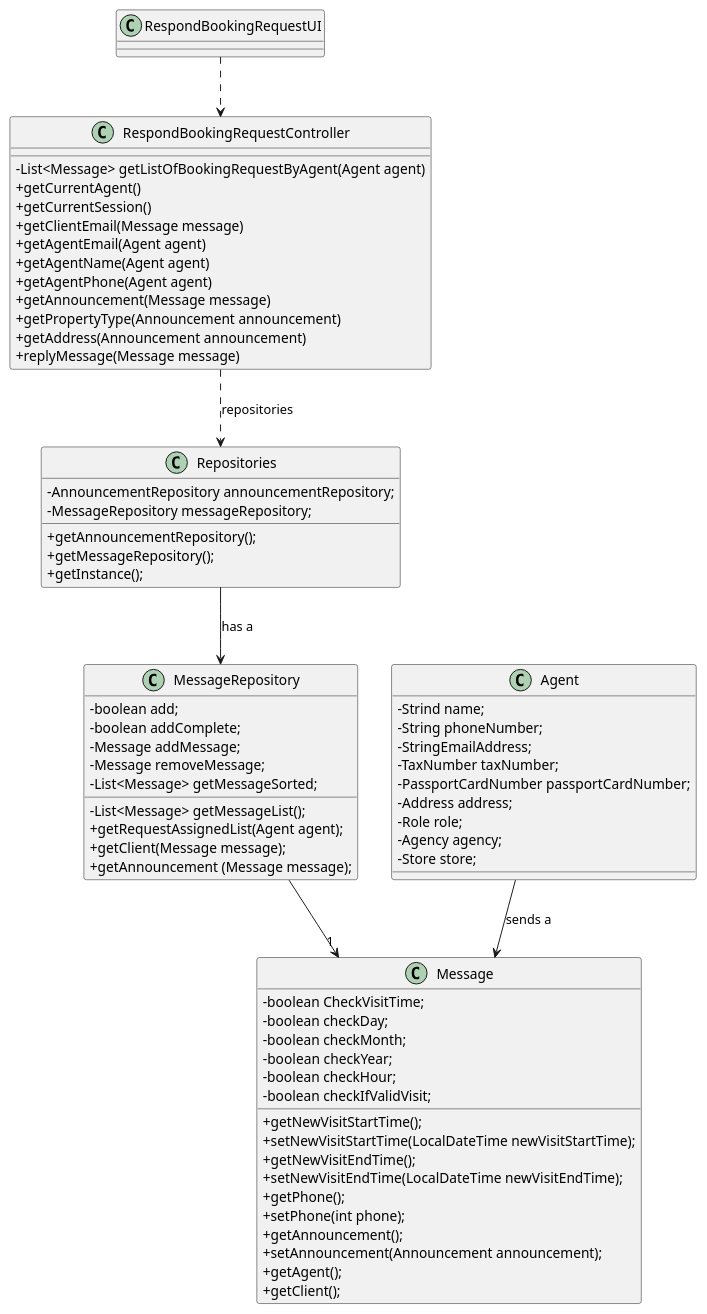
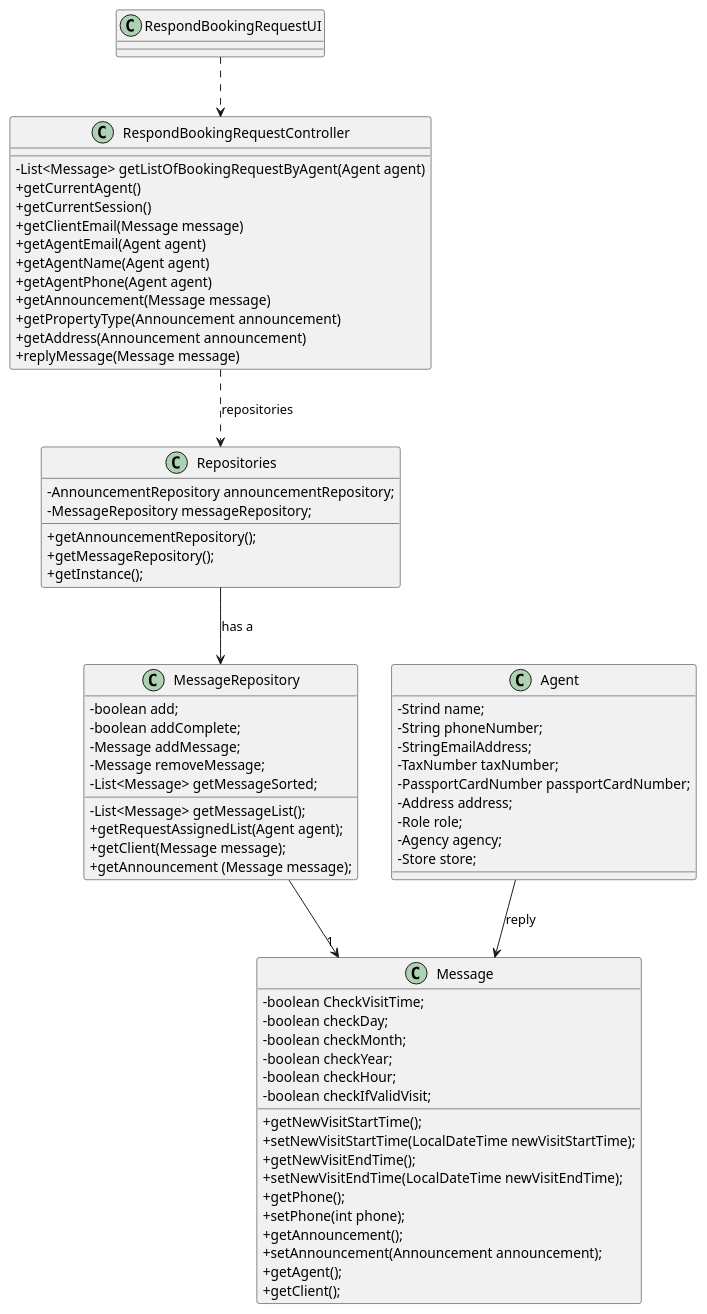
One commit to 1220812/LAPR2 changed the diagram in docs/sprintD/us016/03.design/puml/us016-class-diagram.puml. Above: the diagram before and after it, drawn with PlantUML. The commit also changed 6 other files, not shown here.

```diff
--- a/docs/sprintD/us016/03.design/puml/us016-class-diagram.puml
+++ b/docs/sprintD/us016/03.design/puml/us016-class-diagram.puml
@@ -1,92 +1,92 @@
  @startuml
 'skinparam monochrome true
 skinparam packageStyle rectangle
 skinparam shadowing false
 skinparam linetype polyline
 'skinparam linetype orto
 
 skinparam classAttributeIconSize 0
 
 'left to right direction
 
 class RespondBookingRequestUI{
 }
 
 class RespondBookingRequestController{
 -List<Message> getListOfBookingRequestByAgent(Agent agent)
 +getCurrentAgent()
 +getCurrentSession()
 +getClientEmail(Message message)
 +getAgentEmail(Agent agent)
 +getAgentName(Agent agent)
 +getAgentPhone(Agent agent)
 +getAnnouncement(Message message)
 +getPropertyType(Announcement announcement)
 +getAddress(Announcement announcement)
 +replyMessage(Message message)
 }
 
 
 class Repositories{
 -AnnouncementRepository announcementRepository;
 -MessageRepository messageRepository;
 +getAnnouncementRepository();
 +getMessageRepository();
 +getInstance();
 }
 
 class Message{
 -boolean CheckVisitTime;
 -boolean checkDay;
 -boolean checkMonth;
 -boolean checkYear;
 -boolean checkHour;
 -boolean checkIfValidVisit;
 +getNewVisitStartTime();
 +setNewVisitStartTime(LocalDateTime newVisitStartTime);
 +getNewVisitEndTime();
 +setNewVisitEndTime(LocalDateTime newVisitEndTime);
 +getPhone();
 +setPhone(int phone);
 +getAnnouncement();
 +setAnnouncement(Announcement announcement);
 +getAgent();
 +getClient();
 }
 
 
 class MessageRepository{
 -boolean add;
 -boolean addComplete;
 -List<Message> getMessageList();
 -Message addMessage;
 -Message removeMessage;
 -List<Message> getMessageSorted;
 +getRequestAssignedList(Agent agent);
 +getClient(Message message);
 +getAnnouncement (Message message);
 }
 
 class Agent {
 -Strind name;
 -String phoneNumber;
 -StringEmailAddress;
 -TaxNumber taxNumber;
 -PassportCardNumber passportCardNumber;
 -Address address;
 -Role role;
 -Agency agency;
 -Store store;
 }
 
 
 
 RespondBookingRequestUI ..> RespondBookingRequestController
 RespondBookingRequestController ..> Repositories : repositories
 Repositories --> MessageRepository : has a
 
-Agent --> Message: sends a
+Agent --> Message: reply
 MessageRepository --> "1" Message
 
 
 @enduml
```
